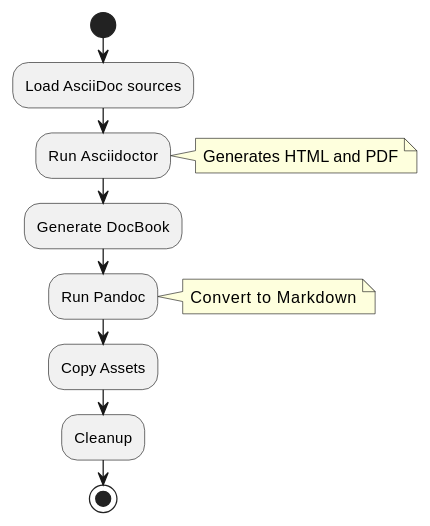
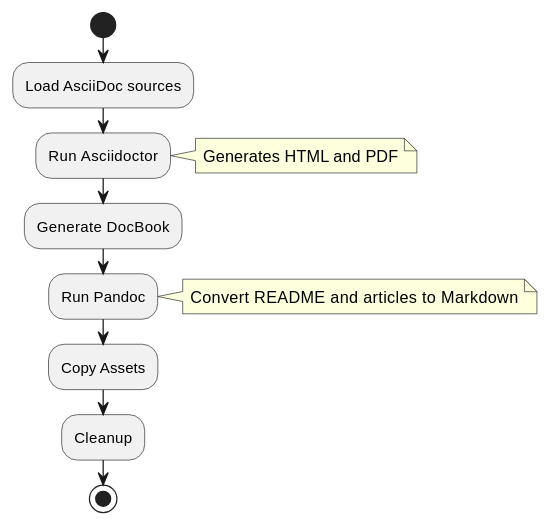
Before and after one commit to dieterbaier/profile: the diagram in src-content/docs/arc42/06_runtime_view.adoc, drawn with PlantUML. The commit also changed 34 other files, not shown here.

```diff
--- a/src-content/docs/arc42/06_runtime_view.adoc
+++ b/src-content/docs/arc42/06_runtime_view.adoc
@@ -5,28 +5,28 @@
 [plantuml]
 ----
 @startuml
 
 start
 
 :Load AsciiDoc sources;
 
 :Run Asciidoctor;
 note right
 Generates HTML and PDF
 end note
 
 :Generate DocBook;
 
 :Run Pandoc;
 note right
-Convert to Markdown
+Convert README and articles to Markdown
 end note
 
 :Copy Assets;
 
 :Cleanup;
 
 stop
 
 @enduml
 ----
```
